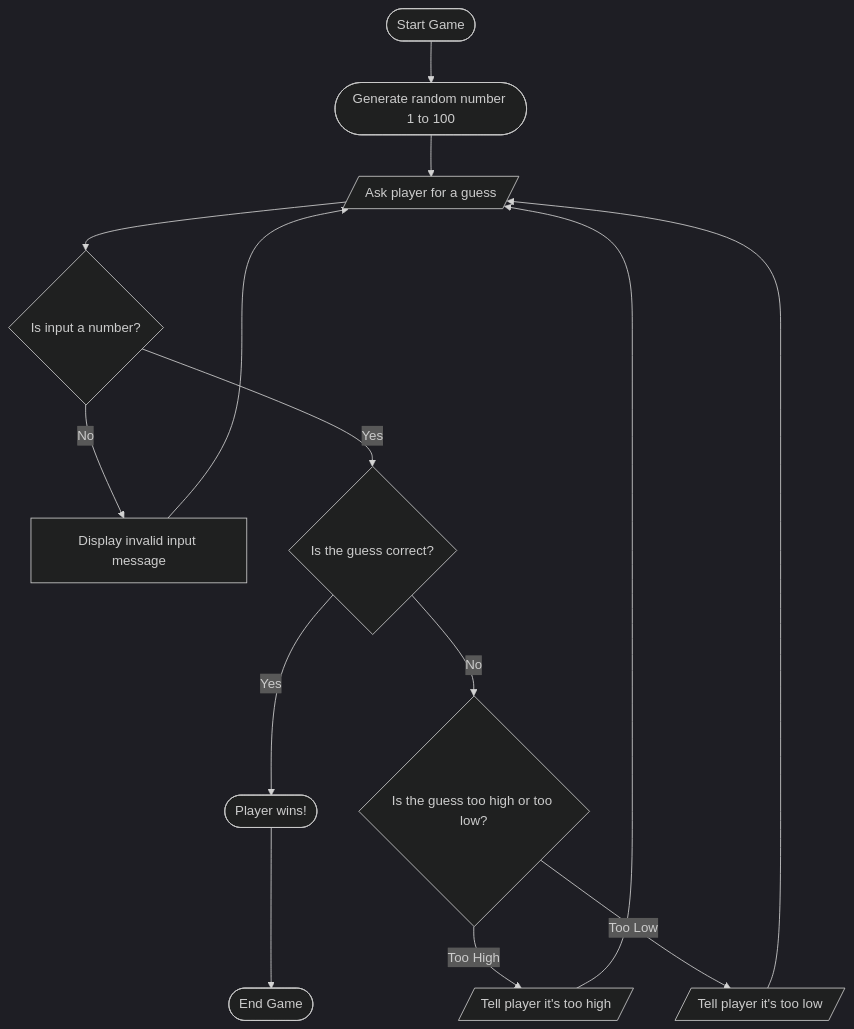
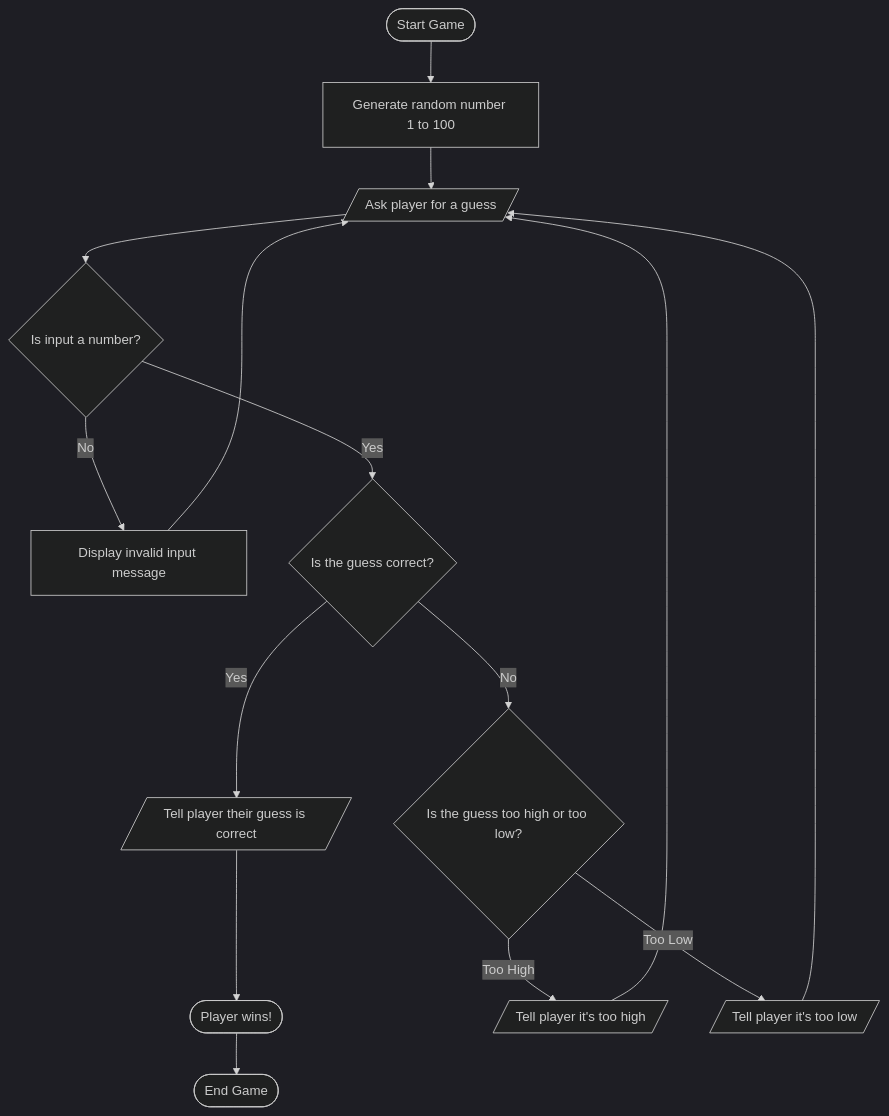
Before and after one commit to priyal-m/priyal-m.github.io: the diagram in Guessing.md, drawn with Mermaid (dark theme).

````diff
--- a/Guessing.md
+++ b/Guessing.md
@@ -1,16 +1,17 @@
 ```mermaid
 flowchart TD
-    A([Start Game]) --> B([Generate random number 1 to 100])
+    A([Start Game]) --> B[Generate random number 1 to 100]
     B --> C[/Ask player for a guess/]
     C --> J{Is input a number?}
     J -- No --> K[Display invalid input message]
     K --> C
     J -- Yes --> D{Is the guess correct?}
-    D -- Yes --> E([Player wins!])
+    D -- Yes --> L[/Tell player their guess is correct/]
+    L --> E([Player wins!])
     D -- No --> F{Is the guess too high or too low?}
     F -- Too High --> G[/Tell player it's too high/]
     F -- Too Low --> H[/Tell player it's too low/]
     G --> C
     H --> C
     E --> I([End Game])
 ```
````
